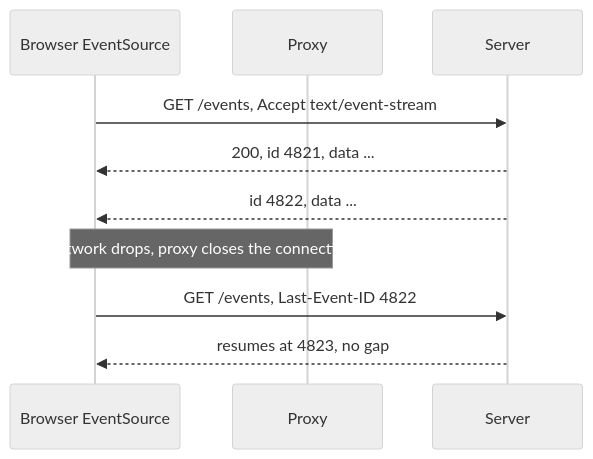
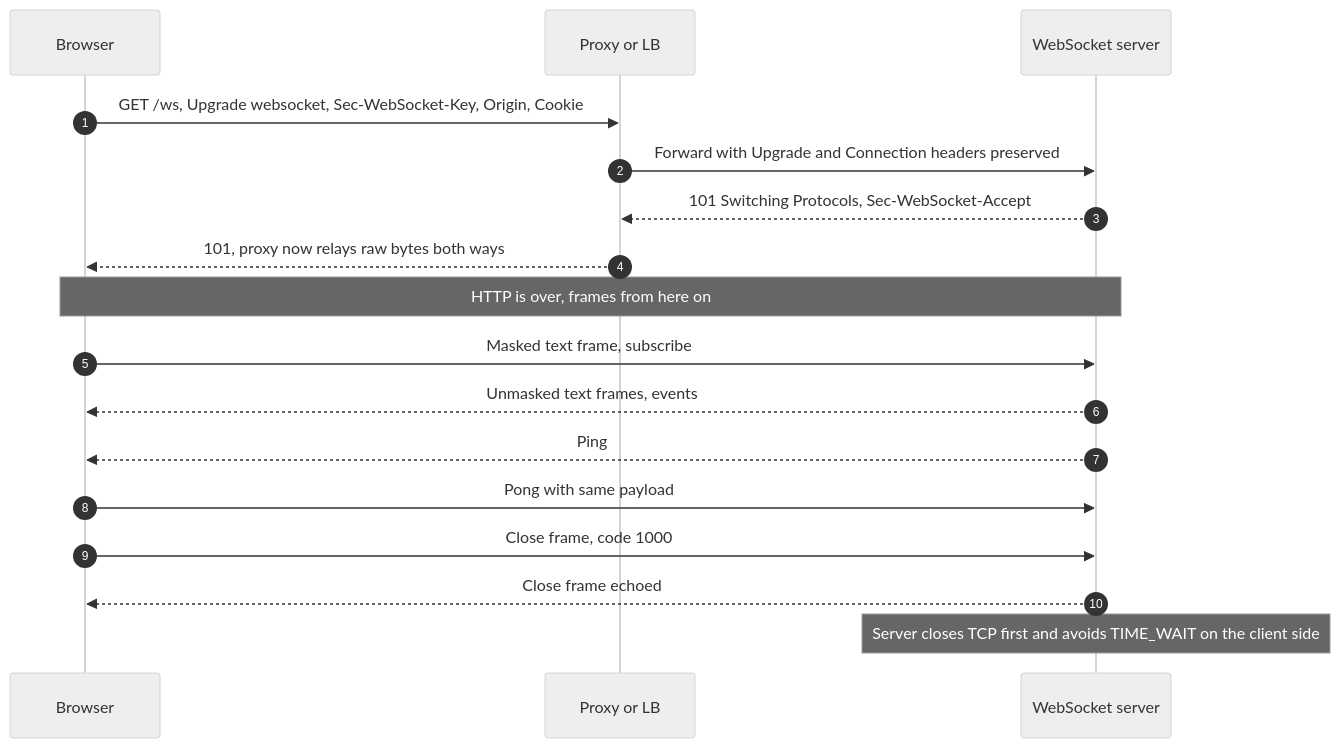
Before and after one commit to gorkemsari/distributed-systems: the first of 6 diagrams in src/content/docs/en/communication/synchronous-protocols/websocket-sse.mdx, drawn with Mermaid (neutral theme). The commit also changed other lines of this file and 3 other files, not shown here.

First line of the commit message:
docs(communication/synchronous-protocols/websocket-sse): generate EN/TR

````diff
--- a/src/content/docs/en/communication/synchronous-protocols/websocket-sse.mdx
+++ b/src/content/docs/en/communication/synchronous-protocols/websocket-sse.mdx
@@ -63,13 +21,19 @@
 ```mermaid
 sequenceDiagram
-    participant B as Browser EventSource
-    participant P as Proxy
-    participant S as Server
- 
-    B->>S: GET /events, Accept text/event-stream
-    S-->>B: 200, id 4821, data ...
-    S-->>B: id 4822, data ...
-    Note over B,P: network drops, proxy closes the connection
-    B->>S: GET /events, Last-Event-ID 4822
-    S-->>B: resumes at 4823, no gap
+    autonumber
+    participant C as Browser
+    participant P as Proxy or LB
+    participant S as WebSocket server
+    C->>P: GET /ws, Upgrade websocket, Sec-WebSocket-Key, Origin, Cookie
+    P->>S: Forward with Upgrade and Connection headers preserved
+    S-->>P: 101 Switching Protocols, Sec-WebSocket-Accept
+    P-->>C: 101, proxy now relays raw bytes both ways
+    Note over C,S: HTTP is over, frames from here on
+    C->>S: Masked text frame, subscribe
+    S-->>C: Unmasked text frames, events
+    S-->>C: Ping
+    C->>S: Pong with same payload
+    C->>S: Close frame, code 1000
+    S-->>C: Close frame echoed
+    Note over S: Server closes TCP first and avoids TIME_WAIT on the client side
 ```
````
